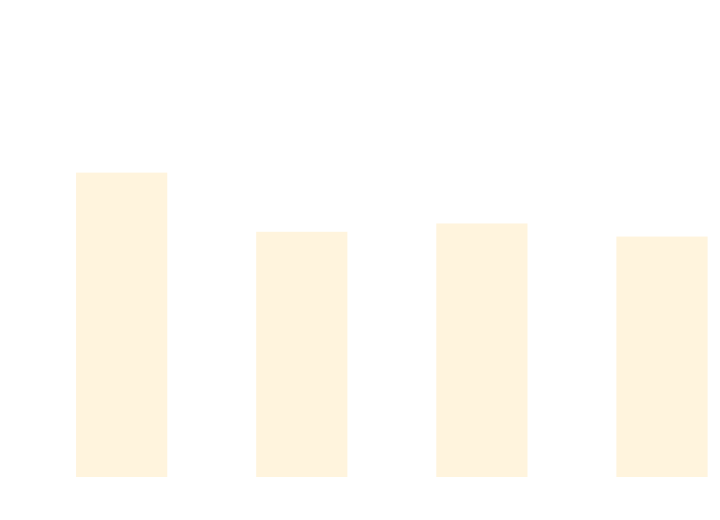
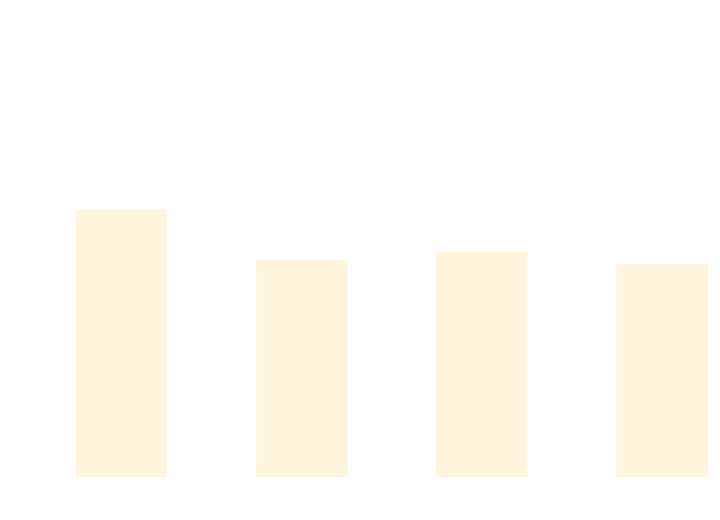
Before and after one commit to thomhurst/TUnit: the diagram in docs/docs/benchmarks/BuildTime.md, drawn with Mermaid. The commit also changed other lines of this file and 17 other files, not shown here.

````diff
--- a/docs/docs/benchmarks/BuildTime.md
+++ b/docs/docs/benchmarks/BuildTime.md
@@ -28,37 +28,37 @@
 ```mermaid
 %%{init: {
   'theme':'base',
   'themeVariables': {
     'primaryColor': '#2563eb',
     'primaryTextColor': '#ffffff',
     'primaryBorderColor': '#1e40af',
     'lineColor': '#6b7280',
     'secondaryColor': '#7c3aed',
     'tertiaryColor': '#dc2626',
     'background': '#ffffff',
     'mainBkg': '#2563eb',
     'secondBkg': '#7c3aed',
     'tertiaryBkg': '#dc2626',
     'clusterBkg': '#f3f4f6',
     'edgeLabelBackground': '#ffffff',
     'tertiaryTextColor': '#1f2937',
     'pie1': '#2563eb',
     'pie2': '#7c3aed',
     'pie3': '#dc2626',
     'pie4': '#f59e0b',
     'pie5': '#10b981',
     'pie6': '#06b6d4',
     'pie7': '#ec4899',
     'pie8': '#6366f1',
     'pie9': '#84cc16',
     'pie10': '#f97316',
     'pie11': '#14b8a6',
     'pie12': '#a855f7'
   }
 }}%%
 xychart-beta
   title "Build Time Comparison"
   x-axis ["Build_TUnit", "Build_NUnit", "Build_MSTest", "Build_xUnit3"]
   y-axis "Time (s)" 0 --> 3
-  bar [2.174, 1.74, 1.801, 1.705]
+  bar [1.899, 1.534, 1.59, 1.505]
 ```
````
